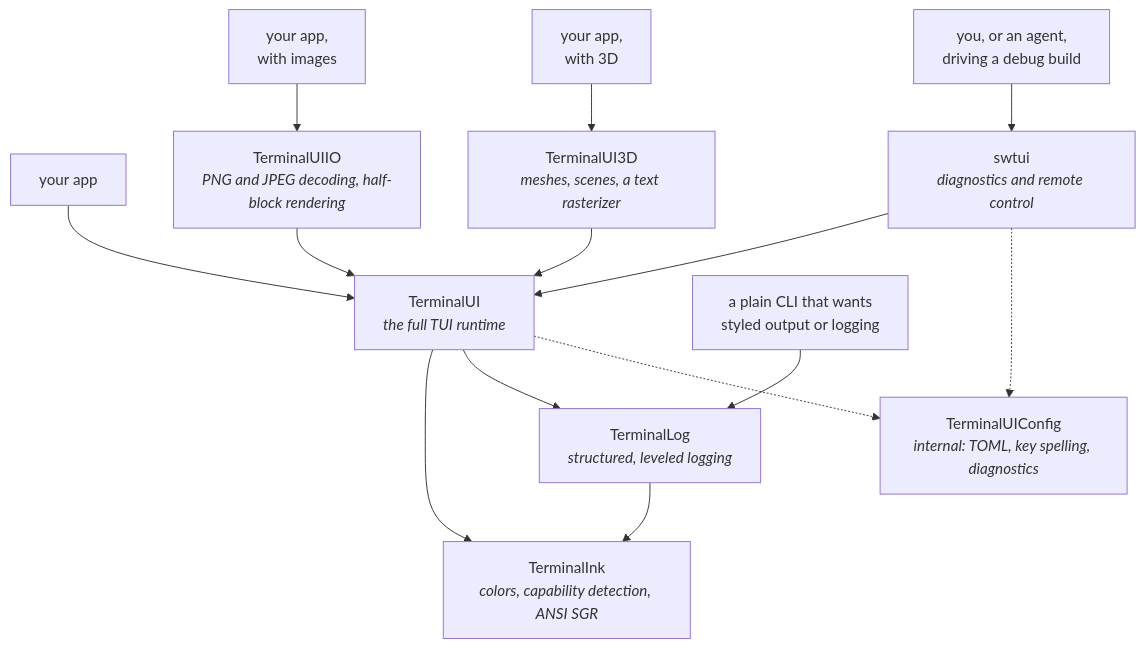
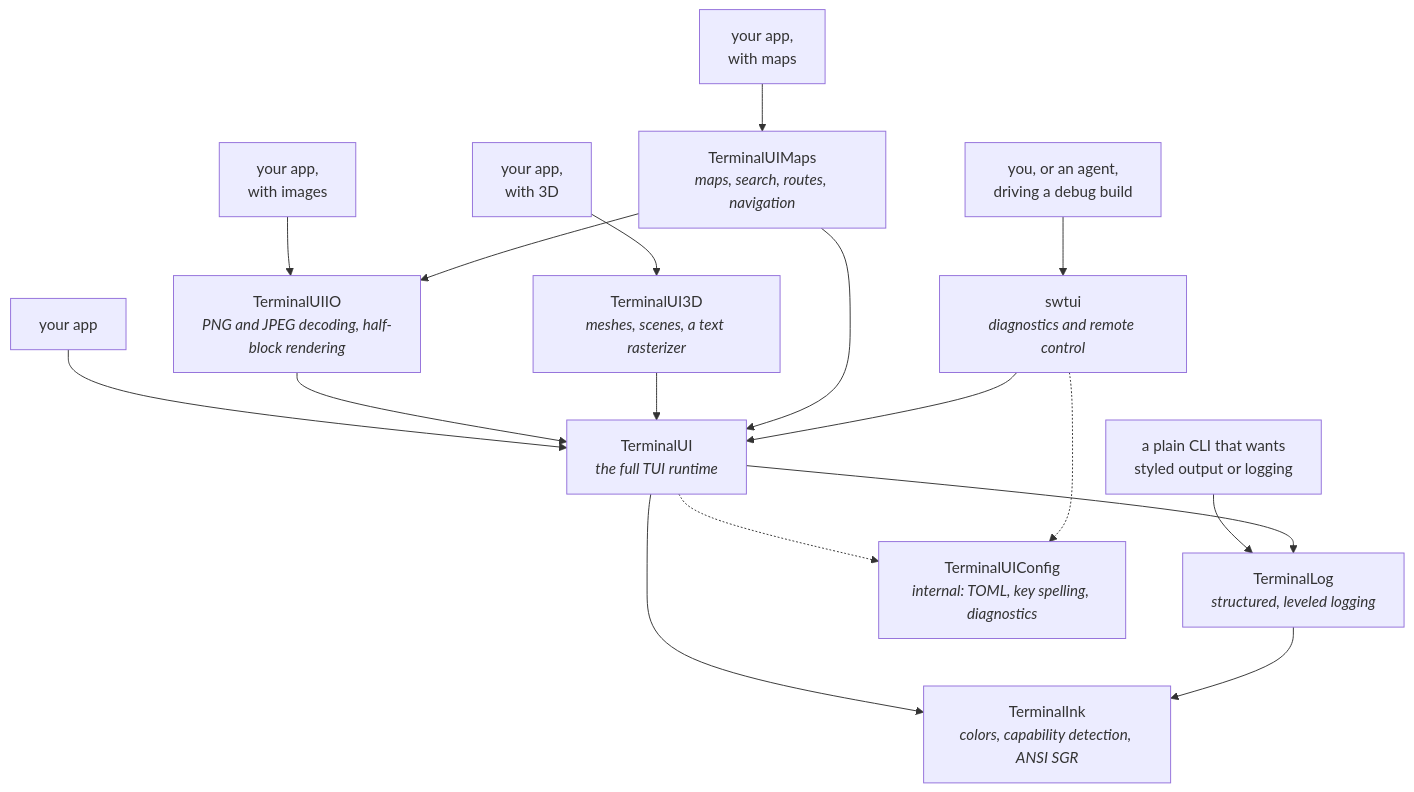
One commit to dardevelin/terminal-ui changed the diagram in README.md. Above: the diagram before and after it, drawn with Mermaid. The commit also changed other lines of this file and 4 other files, not shown here.

First line of the commit message:
The changelog, CLAUDE.md, the README and NOTICE name TerminalUIMaps and the Maps example

````diff
--- a/README.md
+++ b/README.md
@@ -363,18 +405,21 @@
 ```mermaid
 graph TD
     App["your app"] --> TUI
     ImgApp["your app,<br/>with images"] --> IO
     SceneApp["your app,<br/>with 3D"] --> Scene3D
+    MapApp["your app,<br/>with maps"] --> Maps
     CLI["a plain CLI that wants<br/>styled output or logging"] --> Log
     Dev["you, or an agent,<br/>driving a debug build"] --> SW
 
     IO["TerminalUIIO<br/><i>PNG and JPEG decoding, half-block rendering</i>"] --> TUI
     Scene3D["TerminalUI3D<br/><i>meshes, scenes, a text rasterizer</i>"] --> TUI
+    Maps["TerminalUIMaps<br/><i>maps, search, routes, navigation</i>"] --> TUI
+    Maps --> IO
     SW["swtui<br/><i>diagnostics and remote control</i>"] --> TUI
     TUI["TerminalUI<br/><i>the full TUI runtime</i>"] --> Ink
     TUI --> Log
     TUI -.-> Config["TerminalUIConfig<br/><i>internal: TOML, key spelling, diagnostics</i>"]
     SW -.-> Config
     Log["TerminalLog<br/><i>structured, leveled logging</i>"] --> Ink
     Ink["TerminalInk<br/><i>colors, capability detection, ANSI SGR</i>"]
 ```
````
